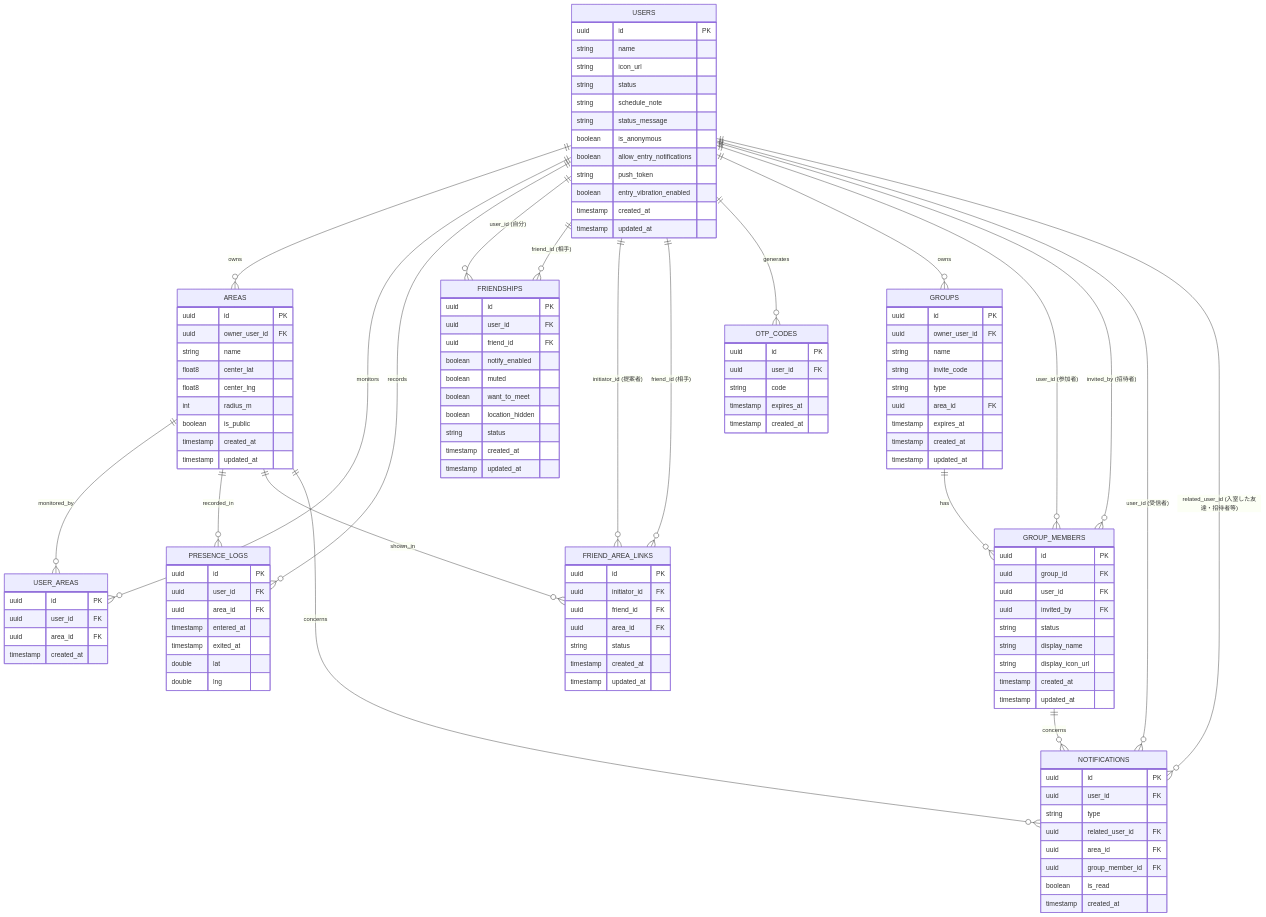
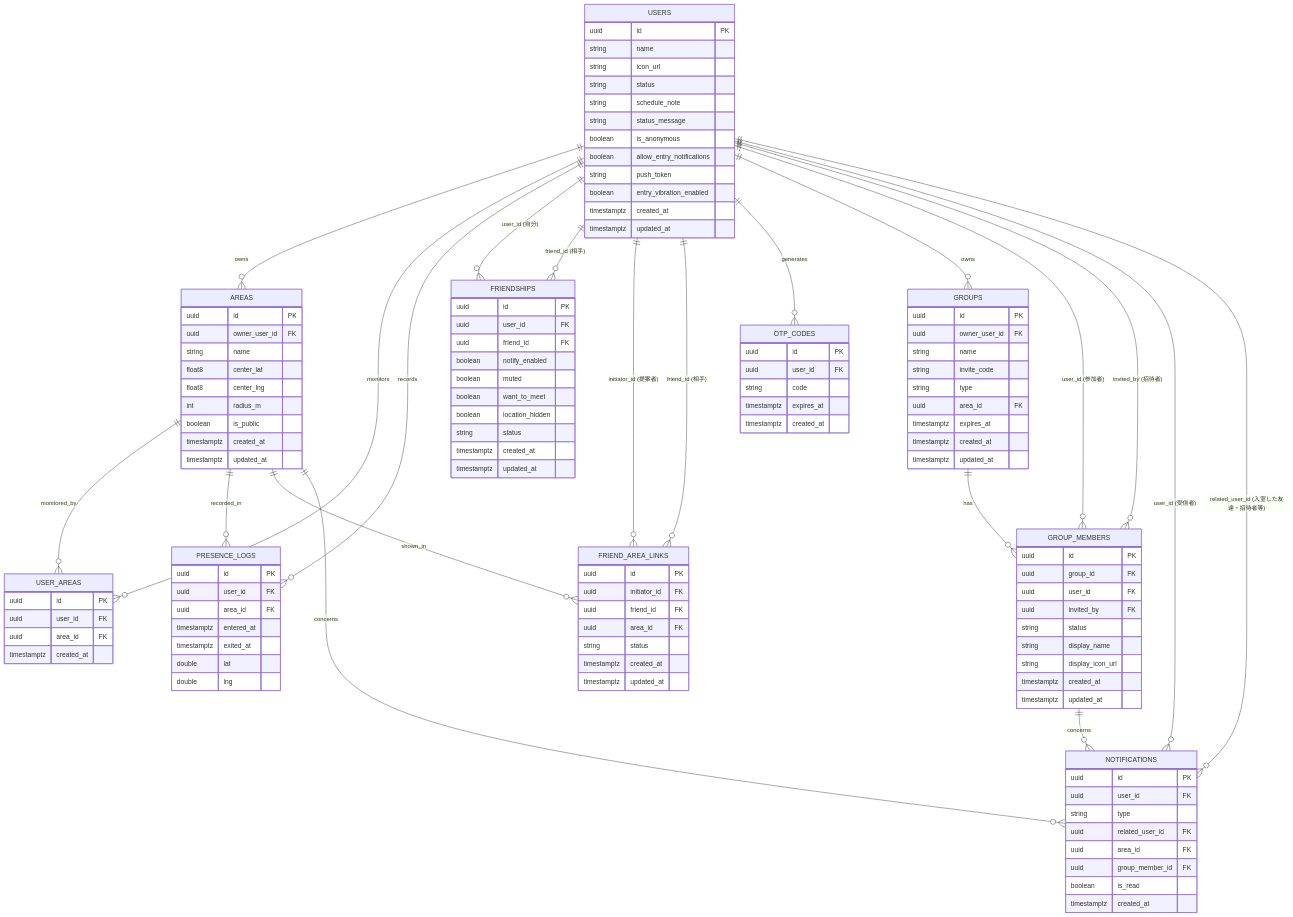
Before and after one commit to ochi06/oruca: the diagram in docs/schema.md, drawn with Mermaid.

Commit message:
docs: schema.mdのER図のtimestamp表記をtimestamptzに修正
実DBスキーマは既に全列timestamptzで統一済み（code5調査、Issue #337）。
ER図（Mermaid）側の表記だけがtimestampのままだったドキュメントの
不一致を解消。実際の移行は不要。

````diff
--- a/docs/schema.md
+++ b/docs/schema.md
@@ -37,8 +37,8 @@
     boolean allow_entry_notifications
     string push_token
     boolean entry_vibration_enabled
-    timestamp created_at
-    timestamp updated_at
+    timestamptz created_at
+    timestamptz updated_at
   }
   AREAS {
     uuid id PK
@@ -48,14 +48,14 @@
     float8 center_lng
     int radius_m
     boolean is_public
-    timestamp created_at
-    timestamp updated_at
+    timestamptz created_at
+    timestamptz updated_at
   }
   USER_AREAS {
     uuid id PK
     uuid user_id FK
     uuid area_id FK
-    timestamp created_at
+    timestamptz created_at
   }
   FRIENDSHIPS {
     uuid id PK
@@ -66,8 +66,8 @@
     boolean want_to_meet
     boolean location_hidden
     string status
-    timestamp created_at
-    timestamp updated_at
+    timestamptz created_at
+    timestamptz updated_at
   }
   FRIEND_AREA_LINKS {
     uuid id PK
@@ -75,15 +75,15 @@
     uuid friend_id FK
     uuid area_id FK
     string status
-    timestamp created_at
-    timestamp updated_at
+    timestamptz created_at
+    timestamptz updated_at
   }
   OTP_CODES {
     uuid id PK
     uuid user_id FK
     string code
-    timestamp expires_at
-    timestamp created_at
+    timestamptz expires_at
+    timestamptz created_at
   }
   GROUPS {
     uuid id PK
@@ -92,9 +92,9 @@
     string invite_code
     string type
     uuid area_id FK
-    timestamp expires_at
-    timestamp created_at
-    timestamp updated_at
+    timestamptz expires_at
+    timestamptz created_at
+    timestamptz updated_at
   }
   GROUP_MEMBERS {
     uuid id PK
@@ -104,15 +104,15 @@
     string status
     string display_name
     string display_icon_url
-    timestamp created_at
-    timestamp updated_at
+    timestamptz created_at
+    timestamptz updated_at
   }
   PRESENCE_LOGS {
     uuid id PK
     uuid user_id FK
     uuid area_id FK
-    timestamp entered_at
-    timestamp exited_at
+    timestamptz entered_at
+    timestamptz exited_at
     double lat
     double lng
   }
@@ -124,6 +124,6 @@
     uuid area_id FK
     uuid group_member_id FK
     boolean is_read
-    timestamp created_at
+    timestamptz created_at
   }
 ```
````
